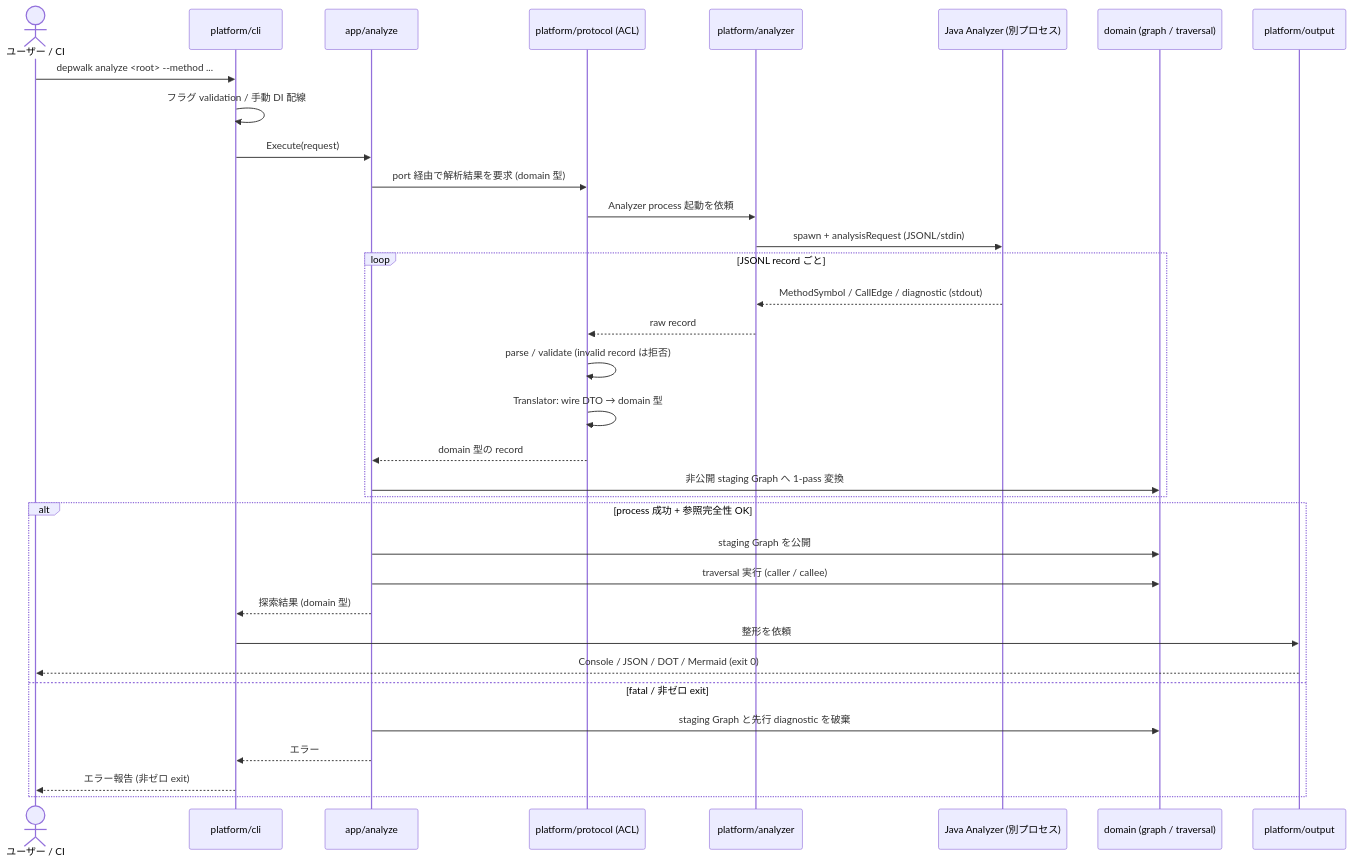
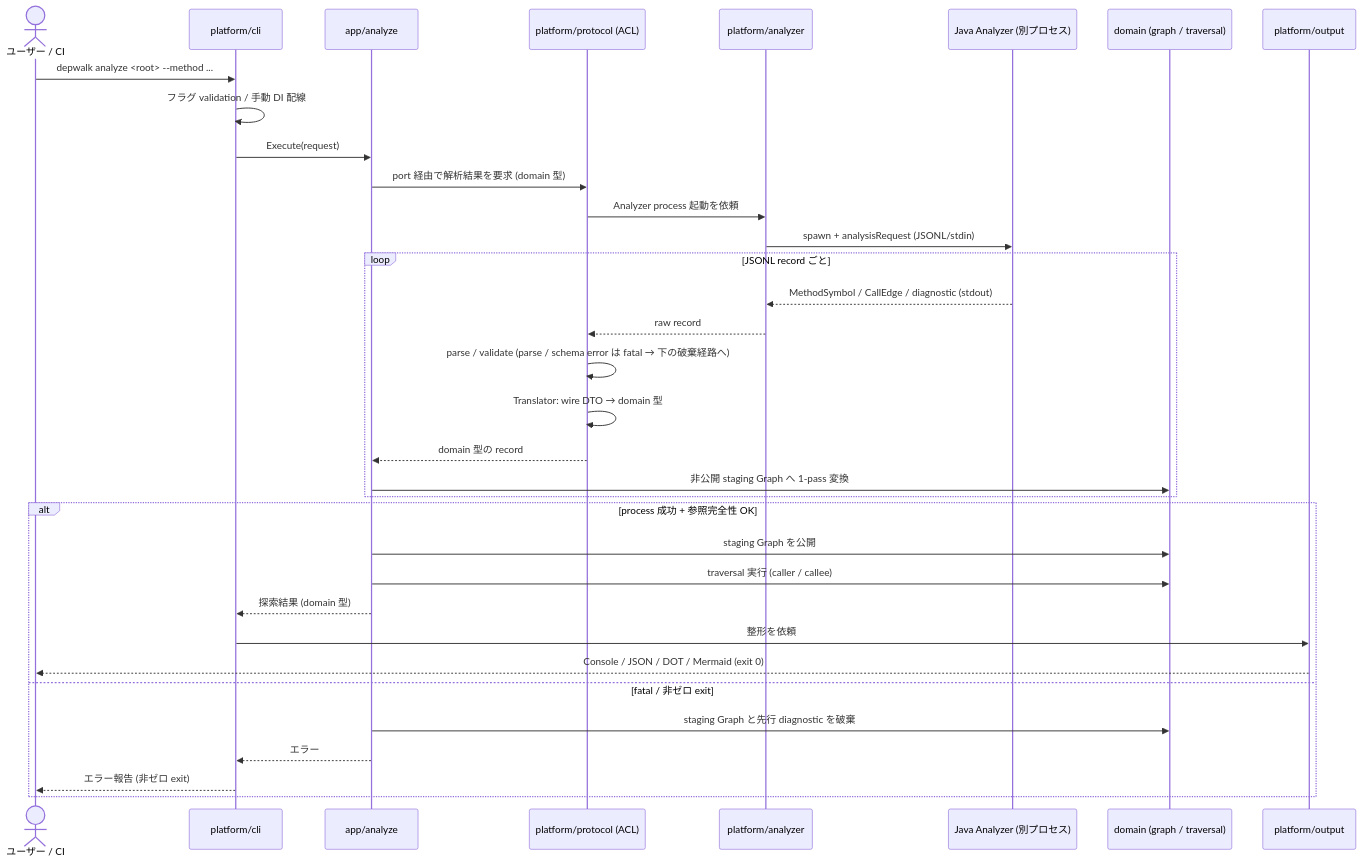
One commit to Fukuemon/depwalk changed the third of 3 diagrams in specs/32-architecture-refactor/index.md. Above: the diagram before and after it, drawn with Mermaid. The commit also changed other lines of this file and 1 other file, not shown here.

Commit message:
docs(spec): #32 diagram レビュー指摘 4 件を反映し再レビュー PASS を記録 #32

````diff
--- a/specs/32-architecture-refactor/index.md
+++ b/specs/32-architecture-refactor/index.md
@@ -374,37 +378,37 @@
 ```mermaid
 sequenceDiagram
     actor User as ユーザー / CI
     participant CLI as platform/cli
     participant APP as app/analyze
     participant ACL as platform/protocol (ACL)
     participant PROC as platform/analyzer
     participant JA as Java Analyzer (別プロセス)
     participant DOM as domain (graph / traversal)
     participant OUT as platform/output
 
     User->>CLI: depwalk analyze <root> --method ...
     CLI->>CLI: フラグ validation / 手動 DI 配線
     CLI->>APP: Execute(request)
     APP->>ACL: port 経由で解析結果を要求 (domain 型)
     ACL->>PROC: Analyzer process 起動を依頼
     PROC->>JA: spawn + analysisRequest (JSONL/stdin)
     loop JSONL record ごと
         JA-->>PROC: MethodSymbol / CallEdge / diagnostic (stdout)
         PROC-->>ACL: raw record
-        ACL->>ACL: parse / validate (invalid record は拒否)
+        ACL->>ACL: parse / validate (parse / schema error は fatal → 下の破棄経路へ)
         ACL->>ACL: Translator: wire DTO → domain 型
         ACL-->>APP: domain 型の record
         APP->>DOM: 非公開 staging Graph へ 1-pass 変換
     end
     alt process 成功 + 参照完全性 OK
         APP->>DOM: staging Graph を公開
         APP->>DOM: traversal 実行 (caller / callee)
         APP-->>CLI: 探索結果 (domain 型)
         CLI->>OUT: 整形を依頼
         OUT-->>User: Console / JSON / DOT / Mermaid (exit 0)
     else fatal / 非ゼロ exit
         APP->>DOM: staging Graph と先行 diagnostic を破棄
         APP-->>CLI: エラー
         CLI-->>User: エラー報告 (非ゼロ exit)
     end
 ```
````
